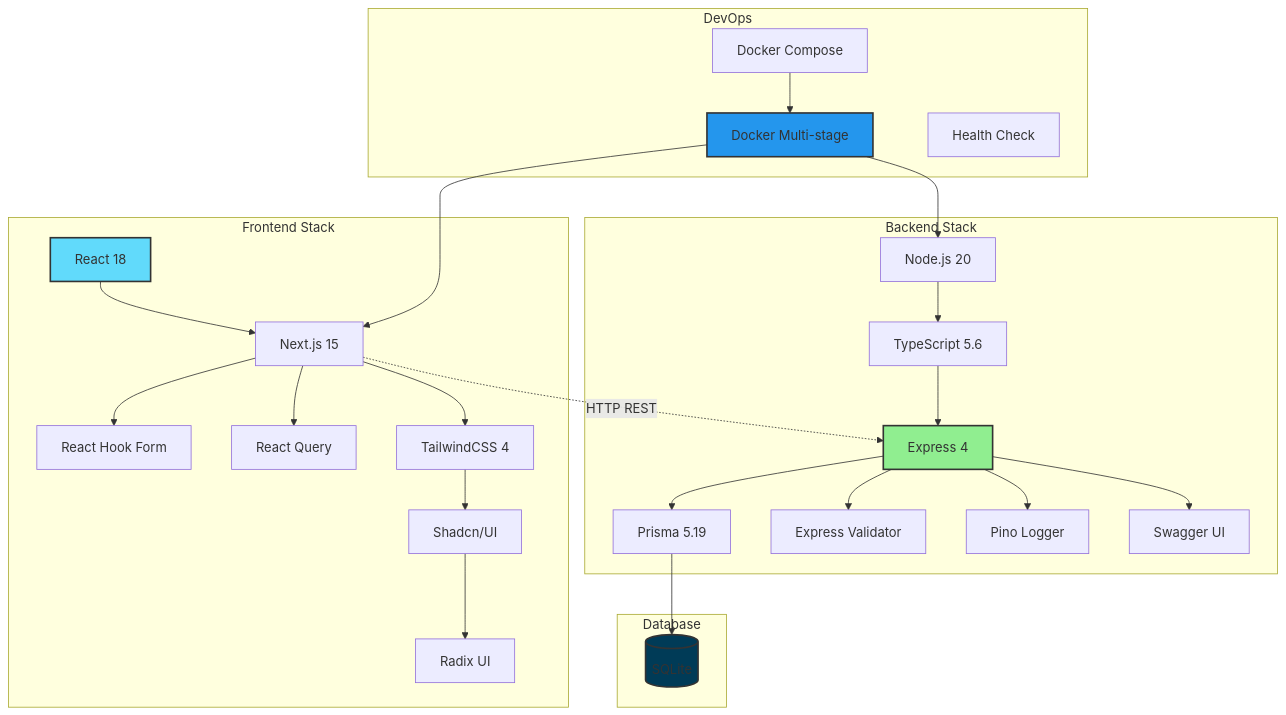
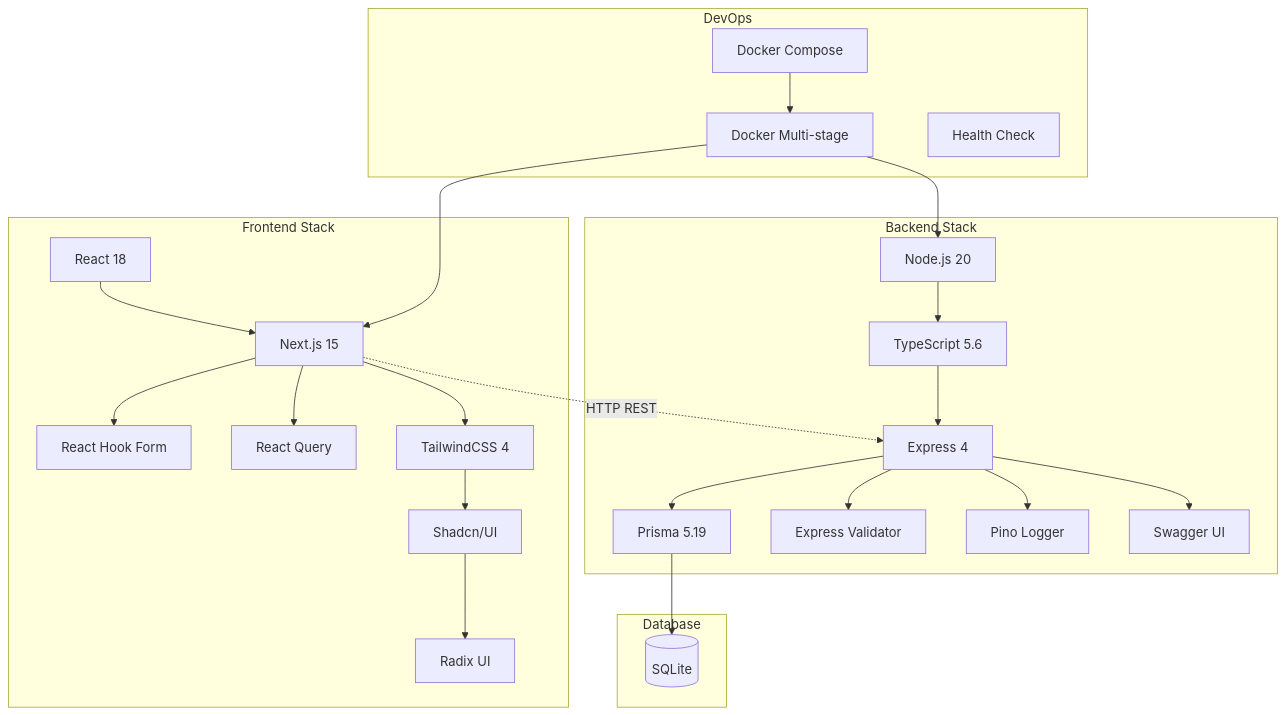
Before and after one commit to JPMworkPROG/TodoManager: the third of 3 diagrams in documentation/diagrams/architecture.md, drawn with Mermaid. The commit also changed other lines of this file and 1 other file, not shown here.

````diff
--- a/documentation/diagrams/architecture.md
+++ b/documentation/diagrams/architecture.md
@@ -94,40 +85,35 @@
 ```mermaid
 graph TD
     subgraph "Frontend Stack"
         React[React 18] --> Next[Next.js 15]
         Next --> RHF[React Hook Form]
         Next --> RQ[React Query]
         Next --> TW[TailwindCSS 4]
         TW --> Shadcn[Shadcn/UI]
         Shadcn --> Radix[Radix UI]
     end
 
     subgraph "Backend Stack"
         Node[Node.js 20] --> TS[TypeScript 5.6]
         TS --> Express[Express 4]
         Express --> PrismaORM[Prisma 5.19]
         Express --> ExpVal[Express Validator]
         Express --> Pino[Pino Logger]
         Express --> Swagger[Swagger UI]
     end
 
     subgraph "Database"
         PrismaORM --> SQLite[(SQLite)]
     end
 
     subgraph "DevOps"
         Docker[Docker Multi-stage]
         Compose[Docker Compose]
         HC[Health Check]
     end
 
     Next -.->|HTTP REST| Express
     Docker --> Node
     Docker --> Next
     Compose --> Docker
-
-    style React fill:#61dafb,stroke:#333,stroke-width:2px
-    style Express fill:#90ee90,stroke:#333,stroke-width:2px
-    style SQLite fill:#003b57,stroke:#333,stroke-width:2px
-    style Docker fill:#2496ed,stroke:#333,stroke-width:2px
 ```
````
